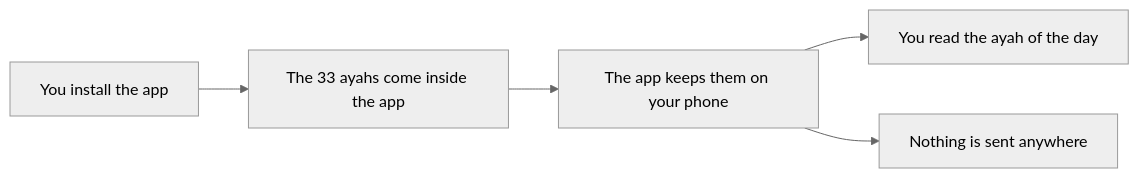
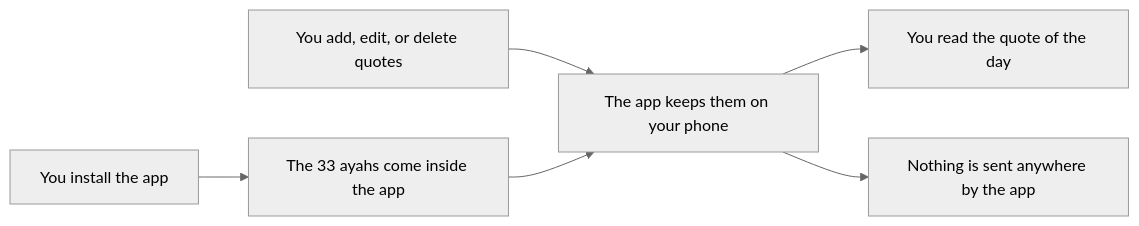
One commit to shibbirweb/al-quran-quotes-android changed the diagram in docs/User-Privacy-And-Offline.md. Above: the diagram before and after it, drawn with Mermaid (neutral theme). The commit also changed other lines of this file and 206 other files, not shown here.

First line of the commit message:
feat: add bottom navigation, quote CRUD with editable bundled ayahs, and a Room schema history check

````diff
--- a/docs/User-Privacy-And-Offline.md
+++ b/docs/User-Privacy-And-Offline.md
@@ -13,7 +14,8 @@
 ```mermaid
 flowchart LR
     Install["You install the app"] --> Inside["The 33 ayahs come inside the app"]
-    Inside --> Phone["The app keeps them on your phone"]
-    Phone --> Read["You read the ayah of the day"]
-    Phone --> NothingSent["Nothing is sent anywhere"]
+    YourQuotes["You add, edit, or delete quotes"] --> Phone["The app keeps them on your phone"]
+    Inside --> Phone
+    Phone --> Read["You read the quote of the day"]
+    Phone --> NothingSent["Nothing is sent anywhere by the app"]
 ```
````
